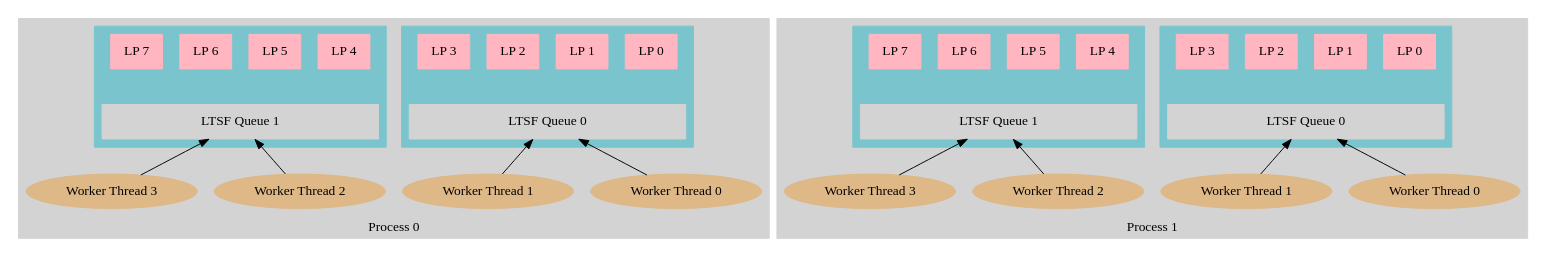
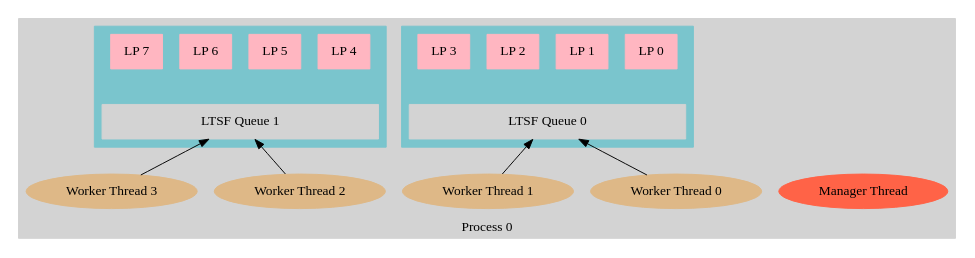
One commit to weberd6/thesis changed the diagram in figs/graphviz/partitioning.dot. Above: the diagram before and after it, drawn with Graphviz. The commit also changed 9 other files, not shown here.

```diff
--- a/figs/graphviz/partitioning.dot
+++ b/figs/graphviz/partitioning.dot
@@ -1,97 +1,53 @@
 digraph partitioning {
     node [shape = record];
     rankdir = BT;
 
     subgraph cluster_p0 {
         subgraph cluster_sq1 {
             lp7 [label = "LP 7", style = filled, color = lightpink];
             lp6 [label = "LP 6", style = filled, color = lightpink];
             lp5 [label = "LP 5", style = filled, color = lightpink];
             lp4 [label = "LP 4", style = filled, color = lightpink];
 
             sq1 [label = "LTSF Queue 1", width = 4, style = filled, color = lightgrey];
 
             "sq1" -> "lp4" [style = "invis"];
             "sq1" -> "lp5" [style = "invis"];
             "sq1" -> "lp6" [style = "invis"];
             "sq1" -> "lp7" [style = "invis"];
             style = filled;
             color = cadetblue3;
         }
         subgraph cluster_sq0 {
             lp3 [label = "LP 3", style = filled, color = lightpink];
             lp2 [label = "LP 2", style = filled, color = lightpink];
             lp1 [label = "LP 1", style = filled, color = lightpink];
             lp0 [label = "LP 0", style = filled, color = lightpink];
 
             sq0 [label = "LTSF Queue 0", width = 4, style = filled, color = lightgrey];
 
             "sq0" -> "lp0" [style = "invis"];
             "sq0" -> "lp1" [style = "invis"];
             "sq0" -> "lp2" [style = "invis"];
             "sq0" -> "lp3" [style = "invis"];
             style = filled;
             color = cadetblue3;
         }
 
+        mt [label = "Manager Thread", shape = oval, style = filled, color = tomato];
+
         w0 [label = "Worker Thread 0", shape = oval, style = filled, color = burlywood];
         w1 [label = "Worker Thread 1", shape = oval, style = filled, color = burlywood];
         w2 [label = "Worker Thread 2", shape = oval, style = filled, color = burlywood];
         w3 [label = "Worker Thread 3", shape = oval, style = filled, color = burlywood];
         "w0" -> "sq0";
         "w1" -> "sq0";
         "w2" -> "sq1";
         "w3" -> "sq1";
 
         label = "Process 0";
         style = filled;
         color = lightgrey;
     }
 
-    subgraph cluster_p1 {
-        subgraph cluster_sq3 {
-            lp15 [label = "LP 7", style = filled, color = lightpink];
-            lp14 [label = "LP 6", style = filled, color = lightpink];
-            lp13 [label = "LP 5", style = filled, color = lightpink];
-            lp12 [label = "LP 4", style = filled, color = lightpink];
-
-            sq3 [label = "LTSF Queue 1", width = 4, style = filled, color = lightgrey];
-
-            "sq3" -> "lp12" [style = "invis"];
-            "sq3" -> "lp13" [style = "invis"];
-            "sq3" -> "lp14" [style = "invis"];
-            "sq3" -> "lp15" [style = "invis"];
-            style = filled;
-            color = cadetblue3;
-        }
-        subgraph cluster_sq2 {
-            lp11 [label = "LP 3", style = filled, color = lightpink];
-            lp10 [label = "LP 2", style = filled, color = lightpink];
-            lp9 [label = "LP 1", style = filled, color = lightpink];
-            lp8 [label = "LP 0", style = filled, color = lightpink];
-
-            sq2 [label = "LTSF Queue 0", width = 4, style = filled, color = lightgrey];
-
-            "sq2" -> "lp8" [style = "invis"];
-            "sq2" -> "lp9" [style = "invis"];
-            "sq2" -> "lp10" [style = "invis"];
-            "sq2" -> "lp11" [style = "invis"];
-            style = filled;
-            color = cadetblue3;
-        }
-
-        w4 [label = "Worker Thread 0", shape = oval, style = filled, color = burlywood];
-        w5 [label = "Worker Thread 1", shape = oval, style = filled, color = burlywood];
-        w6 [label = "Worker Thread 2", shape = oval, style = filled, color = burlywood];
-        w7 [label = "Worker Thread 3", shape = oval, style = filled, color = burlywood];
-        "w4" -> "sq2";
-        "w5" -> "sq2";
-        "w6" -> "sq3";
-        "w7" -> "sq3";
-
-        label = "Process 1";
-        style = filled;
-        color = lightgrey;
-    }
-
 }
```
